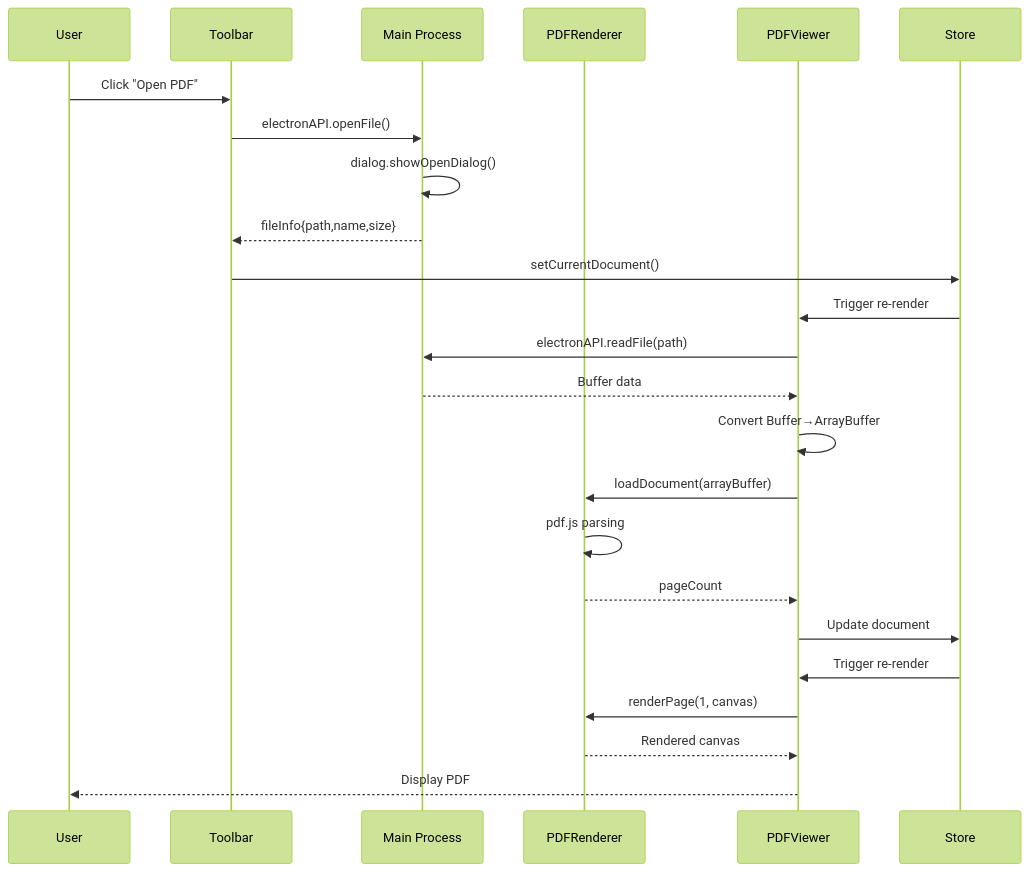
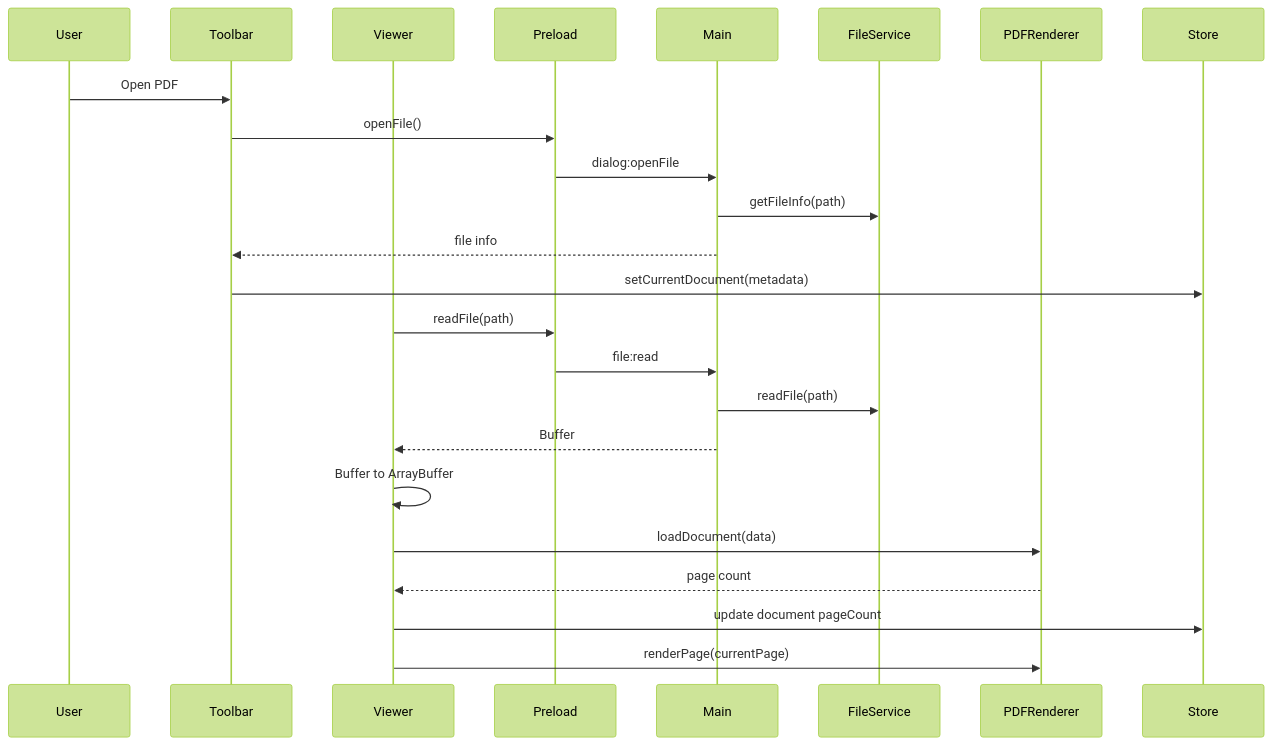
Before and after one commit to jana1998/portable-document-formatter: the third of 7 diagrams in ARCHITECTURE.md, drawn with Mermaid (forest theme). The commit also changed other lines of this file and 14 other files, not shown here.

````diff
--- a/ARCHITECTURE.md
+++ b/ARCHITECTURE.md
@@ -98,27 +141,27 @@
 ```mermaid
 sequenceDiagram
-    participant U as User
-    participant T as Toolbar
-    participant M as Main Process
-    participant R as PDFRenderer
-    participant V as PDFViewer
-    participant S as Store
-    
-    U->>T: Click "Open PDF"
-    T->>M: electronAPI.openFile()
-    M->>M: dialog.showOpenDialog()
-    M-->>T: fileInfo{path,name,size}
-    T->>S: setCurrentDocument()
-    S->>V: Trigger re-render
-    V->>M: electronAPI.readFile(path)
-    M-->>V: Buffer data
-    V->>V: Convert Buffer→ArrayBuffer
-    V->>R: loadDocument(arrayBuffer)
-    R->>R: pdf.js parsing
-    R-->>V: pageCount
-    V->>S: Update document
-    S->>V: Trigger re-render
-    V->>R: renderPage(1, canvas)
-    R-->>V: Rendered canvas
-    V-->>U: Display PDF
+    participant User
+    participant Toolbar
+    participant Viewer
+    participant Preload
+    participant Main
+    participant FileService
+    participant PDFRenderer
+    participant Store
+
+    User->>Toolbar: Open PDF
+    Toolbar->>Preload: openFile()
+    Preload->>Main: dialog:openFile
+    Main->>FileService: getFileInfo(path)
+    Main-->>Toolbar: file info
+    Toolbar->>Store: setCurrentDocument(metadata)
+    Viewer->>Preload: readFile(path)
+    Preload->>Main: file:read
+    Main->>FileService: readFile(path)
+    Main-->>Viewer: Buffer
+    Viewer->>Viewer: Buffer to ArrayBuffer
+    Viewer->>PDFRenderer: loadDocument(data)
+    PDFRenderer-->>Viewer: page count
+    Viewer->>Store: update document pageCount
+    Viewer->>PDFRenderer: renderPage(currentPage)
 ```
````
